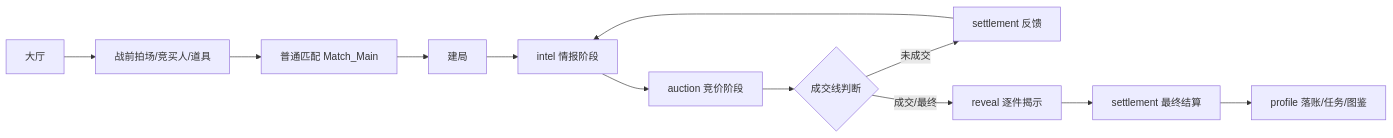
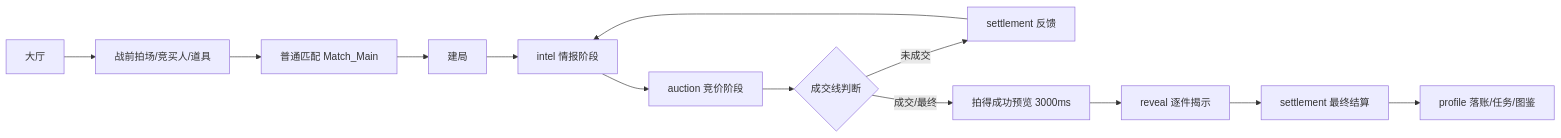
Before and after one commit to angelash/bidkingdom: the diagram in doc/BidKingdom当前实现策划归档/20260526_BidKingdom策划归档_01_核心玩法与局内流程.md, drawn with Mermaid. The commit also changed other lines of this file and 14 other files, not shown here.

````diff
--- a/doc/BidKingdom当前实现策划归档/20260526_BidKingdom策划归档_01_核心玩法与局内流程.md
+++ b/doc/BidKingdom当前实现策划归档/20260526_BidKingdom策划归档_01_核心玩法与局内流程.md
@@ -21,14 +22,15 @@
 ```mermaid
 flowchart LR
   A["大厅"] --> B["战前拍场/竞买人/道具"]
   B --> C["普通匹配 Match_Main"]
   C --> D["建局"]
   D --> H["intel 情报阶段"]
   H --> I["auction 竞价阶段"]
   I --> J{"成交线判断"}
   J -->|未成交| K["settlement 反馈"]
   K --> H
-  J -->|成交/最终| L["reveal 逐件揭示"]
-  L --> M["settlement 最终结算"]
-  M --> N["profile 落账/任务/图鉴"]
+  J -->|成交/最终| L["拍得成功预览 3000ms"]
+  L --> M["reveal 逐件揭示"]
+  M --> N["settlement 最终结算"]
+  N --> O["profile 落账/任务/图鉴"]
 ```
````
